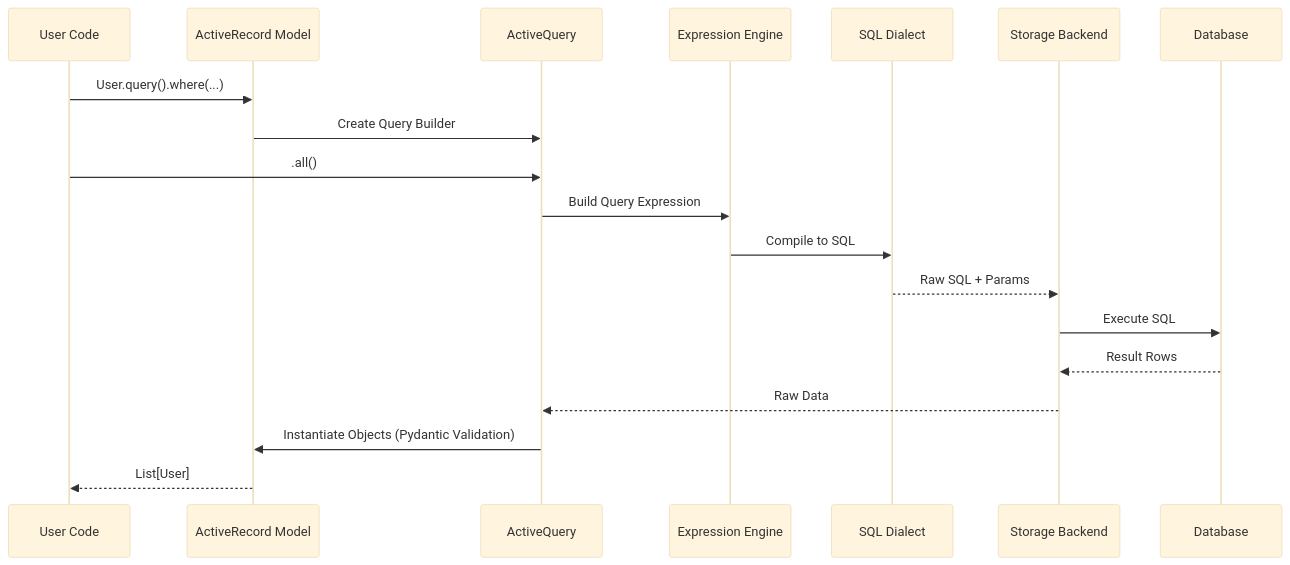
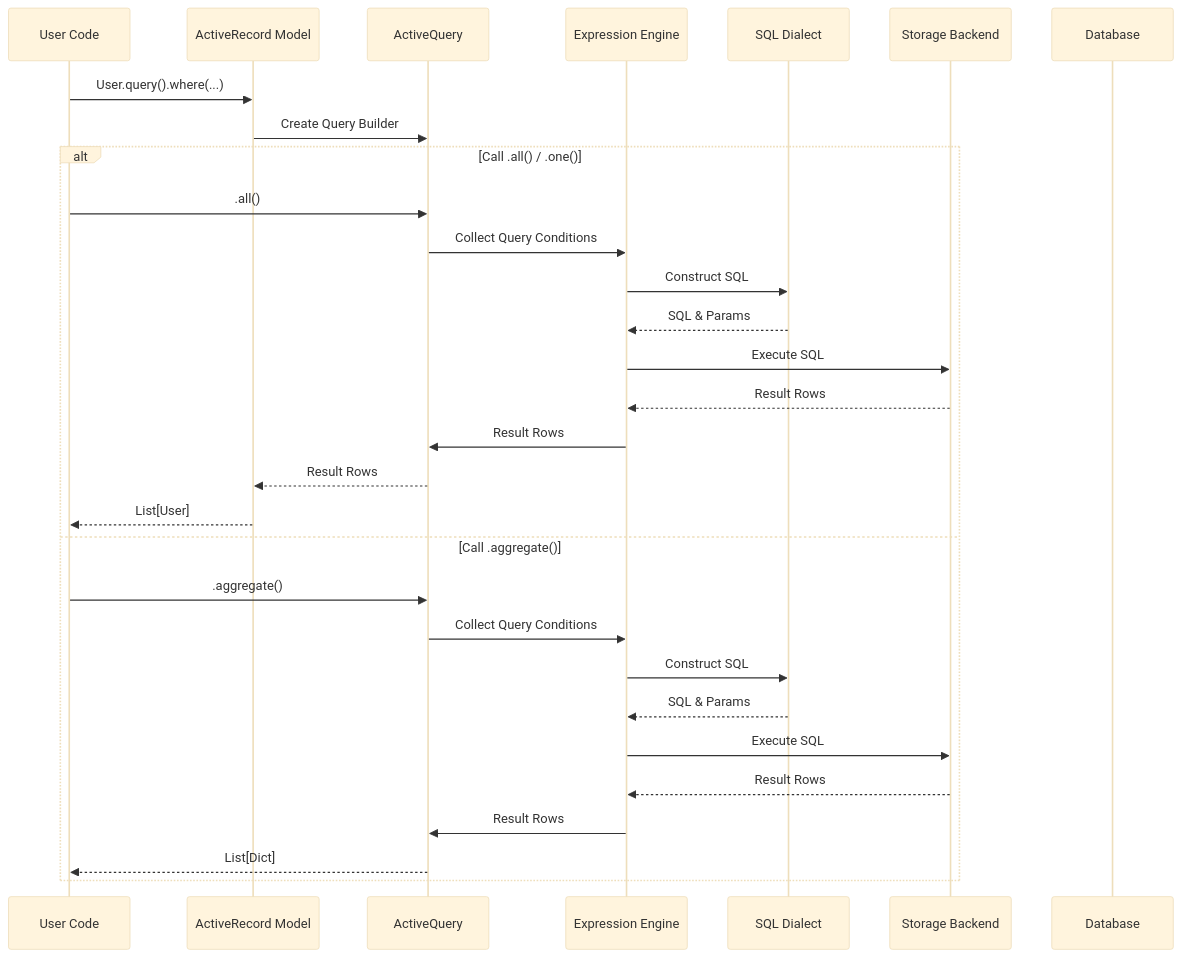
One commit to rhosocial/python-activerecord changed the sixth of 6 diagrams in docs/en_US/introduction/architecture.md. Above: the diagram before and after it, drawn with Mermaid (base theme). The commit also changed other lines of this file and 295 other files, not shown here.

First line of the commit message:
docs: refine architecture documentation and reorganize structure

````diff
--- a/docs/en_US/introduction/architecture.md
+++ b/docs/en_US/introduction/architecture.md
@@ -146,22 +395,34 @@
 ```mermaid
 sequenceDiagram
     participant App as User Code
     participant Model as ActiveRecord Model
     participant Query as ActiveQuery
     participant Expr as Expression Engine
     participant Dialect as SQL Dialect
     participant Backend as Storage Backend
     participant DB as Database
 
     App->>Model: User.query().where(...)
     Model->>Query: Create Query Builder
-    App->>Query: .all()
-    Query->>Expr: Build Query Expression
-    Expr->>Dialect: Compile to SQL
-    Dialect-->>Backend: Raw SQL + Params
-    Backend->>DB: Execute SQL
-    DB-->>Backend: Result Rows
-    Backend-->>Query: Raw Data
-    Query->>Model: Instantiate Objects (Pydantic Validation)
-    Model-->>App: List[User]
+    
+    alt Call .all() / .one()
+        App->>Query: .all()
+        Query->>Expr: Collect Query Conditions
+        Expr->>Dialect: Construct SQL
+        Dialect-->>Expr: SQL & Params
+        Expr->>Backend: Execute SQL
+        Backend-->>Expr: Result Rows
+        Expr->>Query: Result Rows
+        Query-->>Model: Result Rows
+        Model-->>App: List[User]
+    else Call .aggregate()
+        App->>Query: .aggregate()
+        Query->>Expr: Collect Query Conditions
+        Expr->>Dialect: Construct SQL
+        Dialect-->>Expr: SQL & Params
+        Expr->>Backend: Execute SQL
+        Backend-->>Expr: Result Rows
+        Expr->>Query: Result Rows
+        Query-->>App: List[Dict]
+    end
 ```
````
